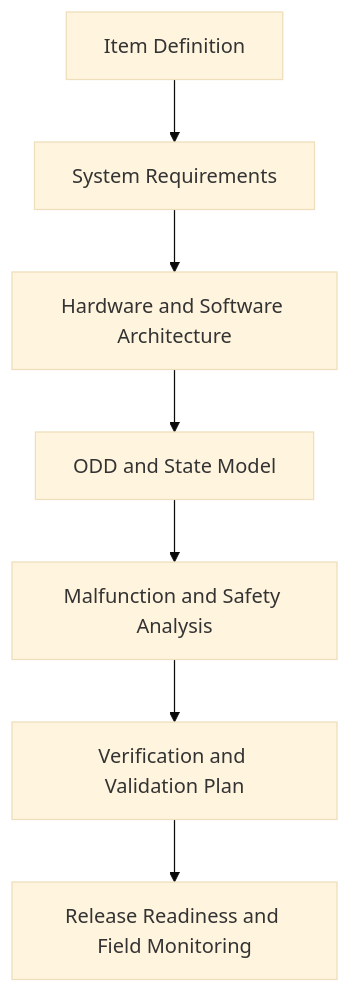
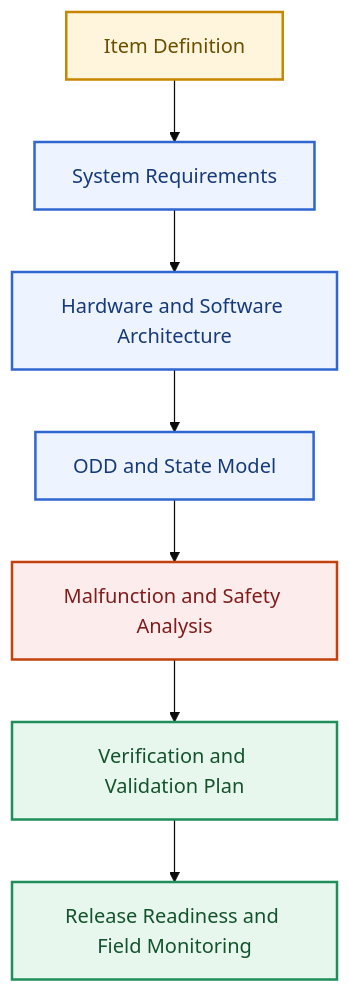
One commit to LeNguyenHaiDuong/adas-tsr changed the third of 48 diagrams in research/1.research_tsr_three_part_unified.md. Above: the diagram before and after it, drawn with Mermaid (base theme). The commit also changed other lines of this file and 5 other files, not shown here.

Commit message:
Add mermaid color

````diff
--- a/research/1.research_tsr_three_part_unified.md
+++ b/research/1.research_tsr_three_part_unified.md
@@ -178,9 +209,18 @@
 ```mermaid
 flowchart TD
     A[Item Definition] --> B[System Requirements]
     B --> C[Hardware and Software Architecture]
     C --> D[ODD and State Model]
     D --> E[Malfunction and Safety Analysis]
     E --> F[Verification and Validation Plan]
     F --> G[Release Readiness and Field Monitoring]
+
+    classDef baseline fill:#FFF5DD,stroke:#C78600,color:#6B4F00,stroke-width:2px;
+    classDef feature fill:#EDF3FF,stroke:#2F66D0,color:#173B7A,stroke-width:2px;
+    classDef risk fill:#FDECEC,stroke:#C2410C,color:#7F1D1D,stroke-width:2px;
+    classDef integration fill:#E8F7EE,stroke:#1E8E5A,color:#14532D,stroke-width:2px;
+    class A baseline;
+    class B,C,D feature;
+    class E risk;
+    class F,G integration;
 ```
````
